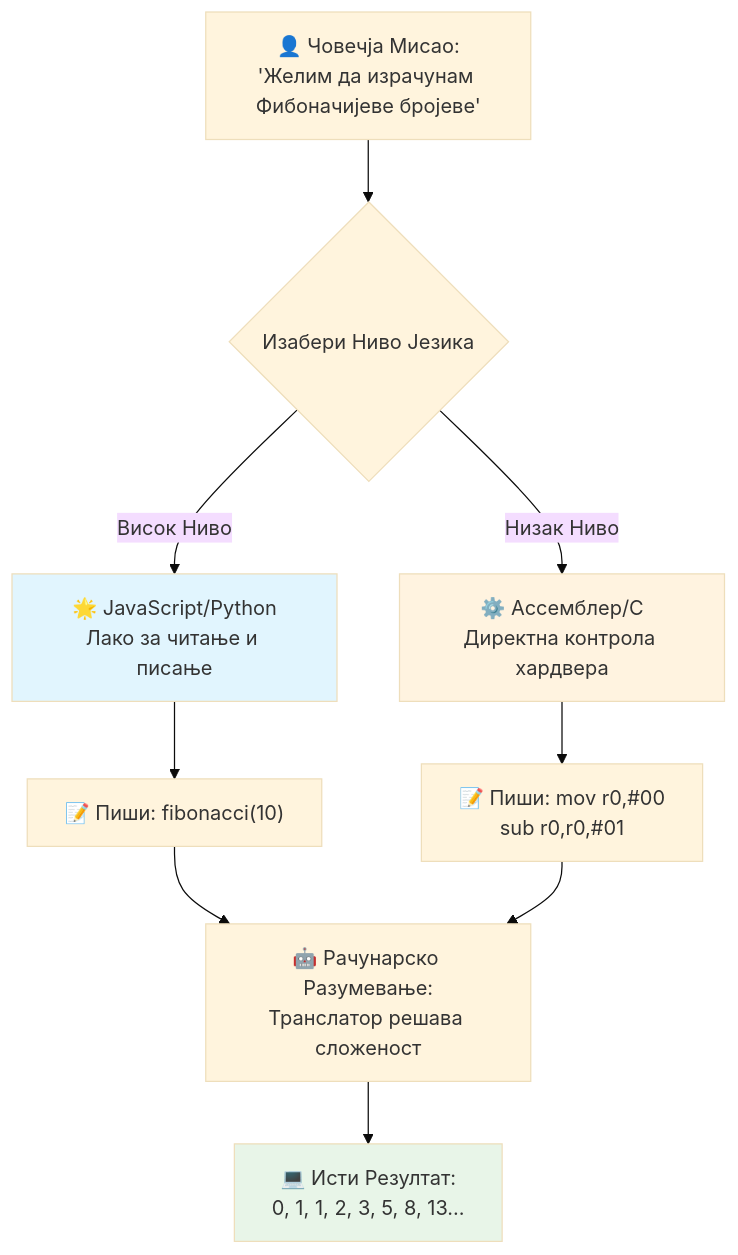
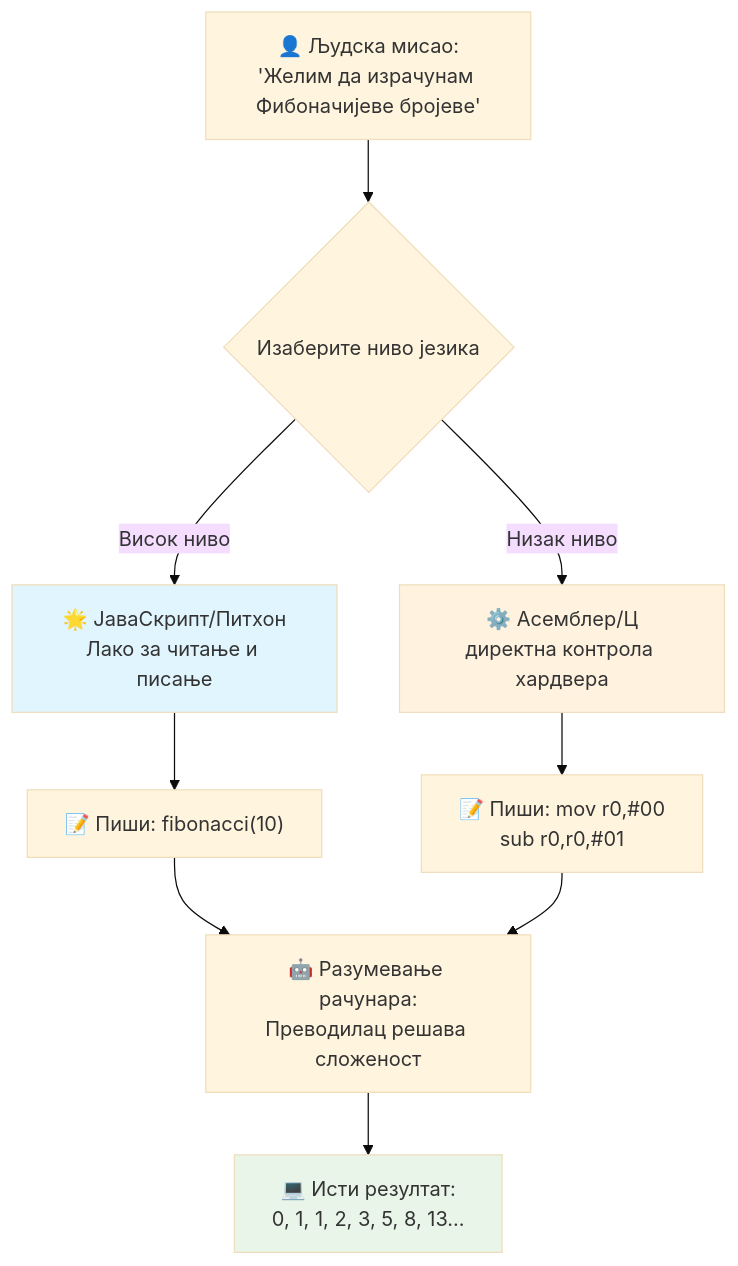
The third of 7 diagrams in translations/sr/1-getting-started-lessons/1-intro-to-programming-languages/README.md (microsoft/Web-Dev-For-Beginners), drawn with Mermaid (base theme) before and after one commit. The commit also changed other lines of this file and 8 other files, not shown here.

````diff
--- a/translations/sr/1-getting-started-lessons/1-intro-to-programming-languages/README.md
+++ b/translations/sr/1-getting-started-lessons/1-intro-to-programming-languages/README.md
@@ -148,19 +148,19 @@
 ```mermaid
 flowchart TB
-    A["👤 Човечја Мисао:<br/>'Желим да израчунам Фибоначијеве бројеве'"] --> B{Изабери Ниво Језика}
+    A["👤 Људска мисао:<br/>'Желим да израчунaм Фибоначијеве бројеве'"] --> B{Изаберите ниво језика}
     
-    B -->|Висок Ниво| C["🌟 JavaScript/Python<br/>Лако за читање и писање"]
-    B -->|Низак Ниво| D["⚙️ Ассемблер/C<br/>Директна контрола хардвера"]
+    B -->|Висок ниво| C["🌟 ЈаваСкрипт/Питхон<br/>Лако за читање и писање"]
+    B -->|Низак ниво| D["⚙️ Асемблер/Ц<br/>директна контрола хардвера"]
     
     C --> E["📝 Пиши: fibonacci(10)"]
     D --> F["📝 Пиши: mov r0,#00<br/>sub r0,r0,#01"]
     
-    E --> G["🤖 Рачунарско Разумевање:<br/>Транслатор решава сложеност"]
+    E --> G["🤖 Разумевање рачунара:<br/>Преводилац решава сложеност"]
     F --> G
     
-    G --> H["💻 Исти Резултат:<br/>0, 1, 1, 2, 3, 5, 8, 13..."]
+    G --> H["💻 Исти резултат:<br/>0, 1, 1, 2, 3, 5, 8, 13..."]
     
     style C fill:#e1f5fe
     style D fill:#fff3e0
     style H fill:#e8f5e8
 ```
````
